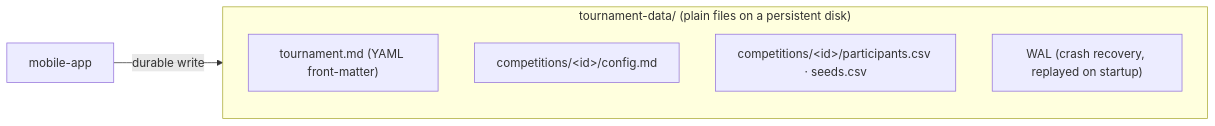
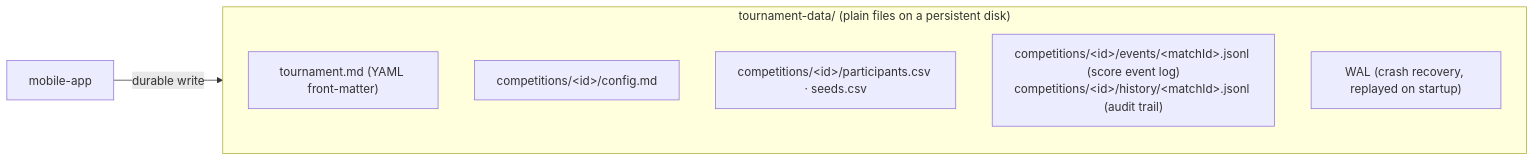
One commit to gitrgoliveira/bracket-creator changed the seventh of 9 diagrams in docs/architecture/infrastructure-architecture.md. Above: the diagram before and after it, drawn with Mermaid. The commit also changed other lines of this file and 9 other files, not shown here.

````diff
--- a/docs/architecture/infrastructure-architecture.md
+++ b/docs/architecture/infrastructure-architecture.md
@@ -193,10 +193,11 @@
 ```mermaid
 flowchart LR
     app["mobile-app"] -->|durable write| files
     subgraph files["tournament-data/ (plain files on a persistent disk)"]
         t["tournament.md (YAML front-matter)"]
         c["competitions/&lt;id&gt;/config.md"]
         p["competitions/&lt;id&gt;/participants.csv · seeds.csv"]
+        e["competitions/&lt;id&gt;/events/&lt;matchId&gt;.jsonl (score event log)<br/>competitions/&lt;id&gt;/history/&lt;matchId&gt;.jsonl (audit trail)"]
         wal["WAL (crash recovery, replayed on startup)"]
     end
 ```
````
